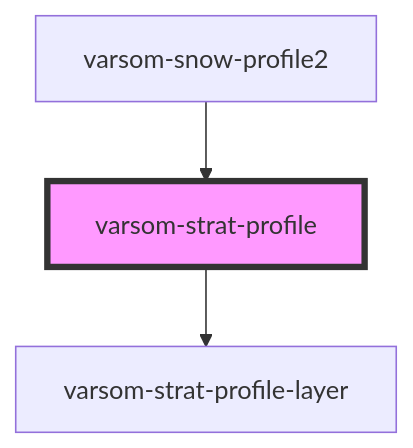
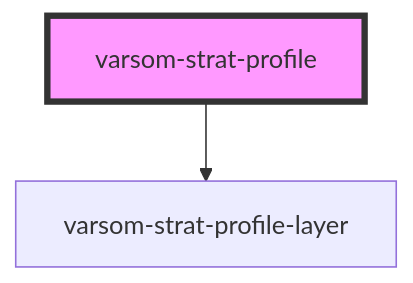
The diagram in src/components/varsom-strat-profile/readme.md (NVE/varsom-observation), drawn with Mermaid before and after one commit. The commit also changed other lines of this file and 7 other files, not shown here.

````diff
--- a/src/components/varsom-strat-profile/readme.md
+++ b/src/components/varsom-strat-profile/readme.md
@@ -30,6 +26,5 @@
 ```mermaid
 graph TD;
   varsom-strat-profile --> varsom-strat-profile-layer
-  varsom-snow-profile2 --> varsom-strat-profile
   style varsom-strat-profile fill:#f9f,stroke:#333,stroke-width:4px
 ```
````
